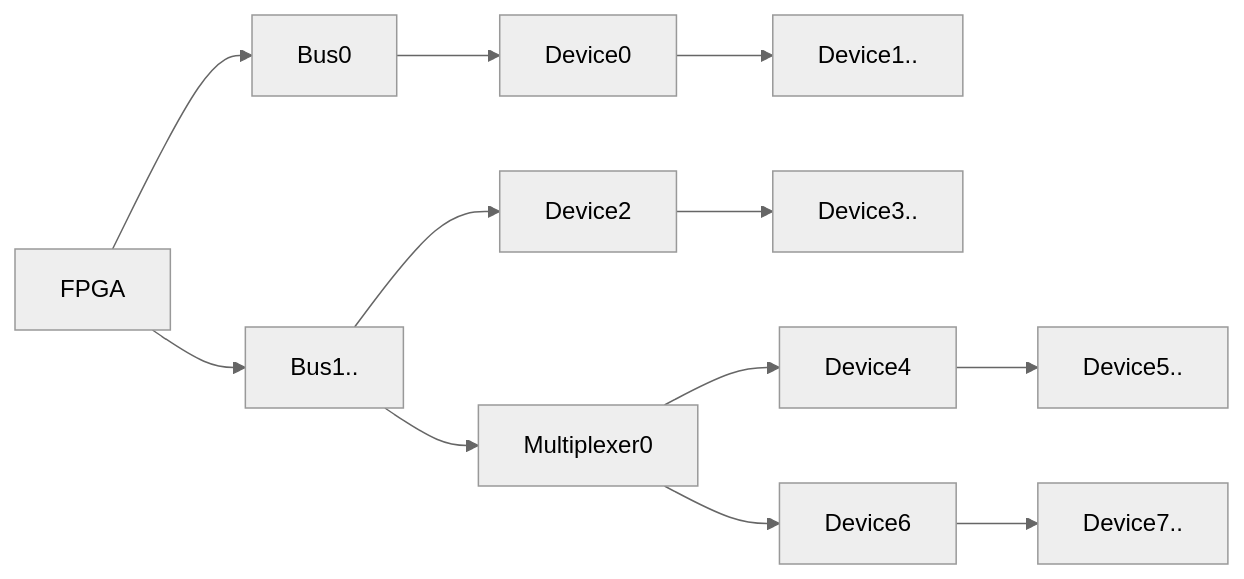
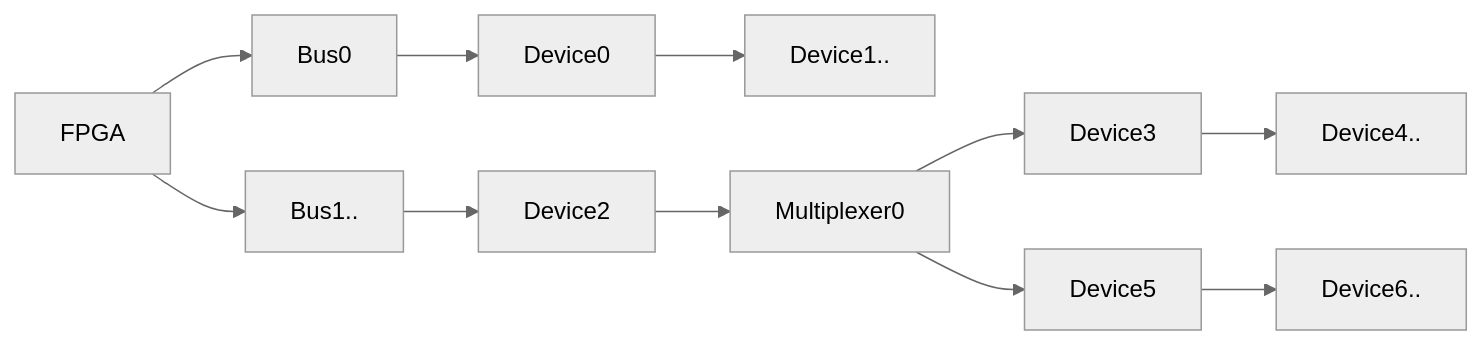
One commit to multigcs/riocore changed the diagram in riocore/plugins/i2cbus/README.md. Above: the diagram before and after it, drawn with Mermaid (neutral theme). The commit also changed 1 other file, not shown here.

````diff
--- a/riocore/plugins/i2cbus/README.md
+++ b/riocore/plugins/i2cbus/README.md
@@ -31,9 +31,8 @@
 ```mermaid
 graph LR;
     FPGA-->Bus0;
     Bus0-->Device0-->Device1..;
     FPGA-->Bus1..;
-    Bus1..-->Device2-->Device3..;
-    Bus1..-->Multiplexer0-->Device4-->Device5..;
-    Multiplexer0-->Device6-->Device7..;
+    Bus1..-->Device2-->Multiplexer0-->Device3-->Device4..;
+    Multiplexer0-->Device5-->Device6..;
 ```
````
